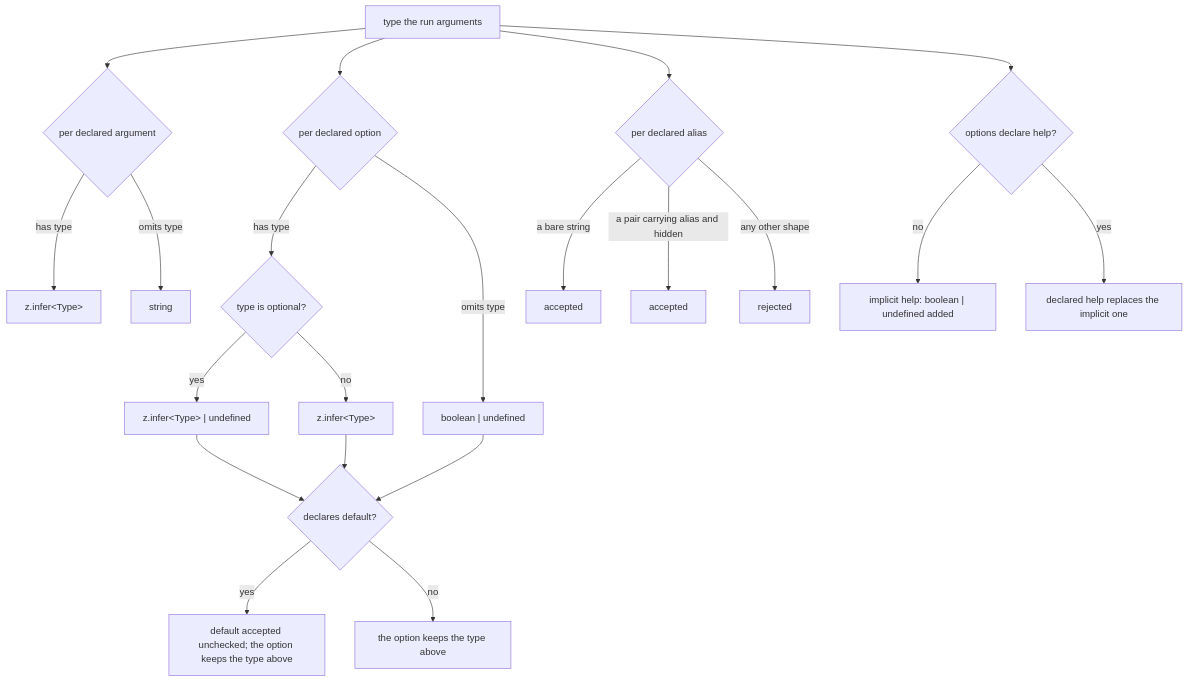
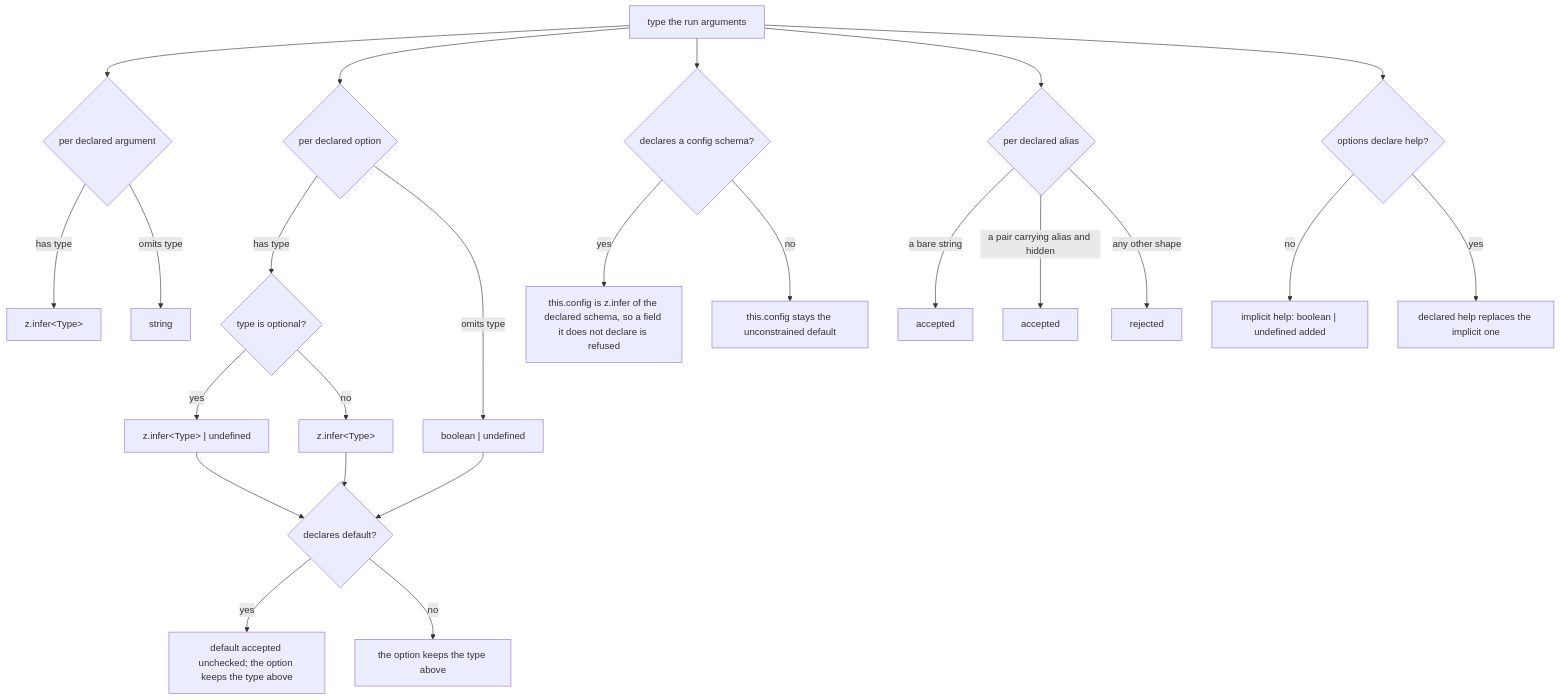
Before and after one commit to clibuilder/clibuilder: the second of 3 diagrams in packages/clibuilder/.agents/spec/command-definition/README.md, drawn with Mermaid. The commit also changed other lines of this file and 1 other file, not shown here.

First line of the commit message:
docs(clibuilder): draw config's typing, the third resolution site

````diff
--- a/packages/clibuilder/.agents/spec/command-definition/README.md
+++ b/packages/clibuilder/.agents/spec/command-definition/README.md
@@ -173,23 +176,26 @@
 ```mermaid
 graph TD
   ARGS[type the run arguments] --> A{per declared argument}
   A -- has type --> A1["z.infer&lt;Type&gt;"]
   A -- omits type --> A2[string]
   ARGS --> O{per declared option}
   O -- has type --> O1{"type is optional?"}
   O1 -- yes --> O1a["z.infer&lt;Type&gt; | undefined"]
   O1 -- no --> O1b["z.infer&lt;Type&gt;"]
   O -- omits type --> O2["boolean | undefined"]
   O1a --> DF{declares default?}
   O1b --> DF
   O2 --> DF
   DF -- yes --> DF1["default accepted unchecked; the option keeps the type above"]
   DF -- no --> DF2["the option keeps the type above"]
+  ARGS --> CFG{declares a config schema?}
+  CFG -- yes --> CFY["this.config is z.infer of the declared schema, so a field it does not declare is refused"]
+  CFG -- no --> CFN["this.config stays the unconstrained default"]
   ARGS --> ALI{per declared alias}
   ALI -- "a bare string" --> ALS[accepted]
   ALI -- "a pair carrying alias and hidden" --> ALP[accepted]
   ALI -- "any other shape" --> ALX[rejected]
   ARGS --> H{options declare help?}
   H -- no --> H1["implicit help: boolean | undefined added"]
   H -- yes --> H2[declared help replaces the implicit one]
 ```
````
